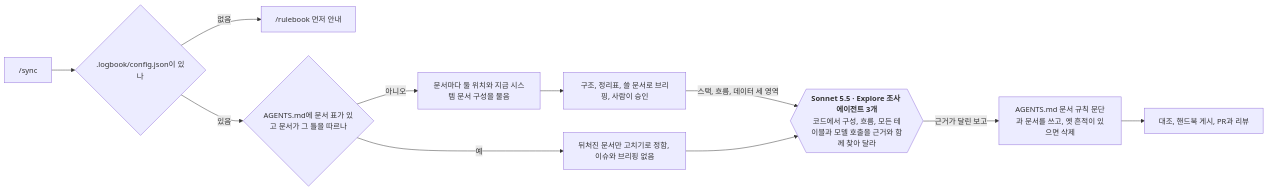
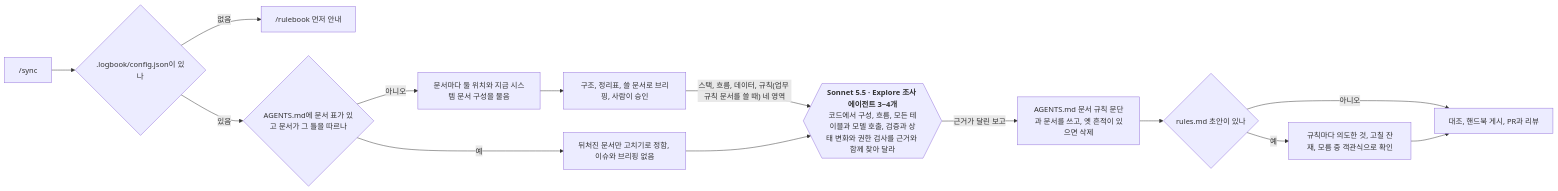
One commit to dincal/agent_logbook changed the eighth of 8 diagrams in docs/system/flows.md. Above: the diagram before and after it, drawn with Mermaid. The commit also changed other lines of this file and 8 other files, not shown here.

````diff
--- a/docs/system/flows.md
+++ b/docs/system/flows.md
@@ -273,14 +254,17 @@
 ```mermaid
 flowchart LR
   A["/sync"] --> B{".logbook/config.json이 있나"}
   B -->|"없음"| R["/rulebook 먼저 안내"]
   B -->|"있음"| T{"AGENTS.md에 문서 표가 있고 문서가 그 틀을 따르나"}
   T -->|"아니오"| Q["문서마다 둘 위치와 지금 시스템 문서 구성을 물음"]
   Q --> D["구조, 정리표, 쓸 문서로 브리핑, 사람이 승인"]
-  D -->|"스택, 흐름, 데이터 세 영역"| S{{"`**Sonnet 5.5 · Explore 조사 에이전트 3개**
-  코드에서 구성, 흐름, 모든 테이블과 모델 호출을 근거와 함께 찾아 달라`"}}
+  D -->|"스택, 흐름, 데이터, 규칙(업무 규칙 문서를 쓸 때) 네 영역"| S{{"`**Sonnet 5.5 · Explore 조사 에이전트 3~4개**
+  코드에서 구성, 흐름, 모든 테이블과 모델 호출, 검증과 상태 변화와 권한 검사를 근거와 함께 찾아 달라`"}}
   T -->|"예"| F["뒤처진 문서만 고치기로 정함, 이슈와 브리핑 없음"]
   F --> S
   S -->|"근거가 달린 보고"| E["AGENTS.md 문서 규칙 문단과 문서를 쓰고, 옛 흔적이 있으면 삭제"]
-  E --> G["대조, 핸드북 게시, PR과 리뷰"]
+  E --> RQ{"rules.md 초안이 있나"}
+  RQ -->|"예"| RC["규칙마다 의도한 것, 고칠 잔재, 모름 중 객관식으로 확인"]
+  RQ -->|"아니오"| G["대조, 핸드북 게시, PR과 리뷰"]
+  RC --> G
 ```
````
